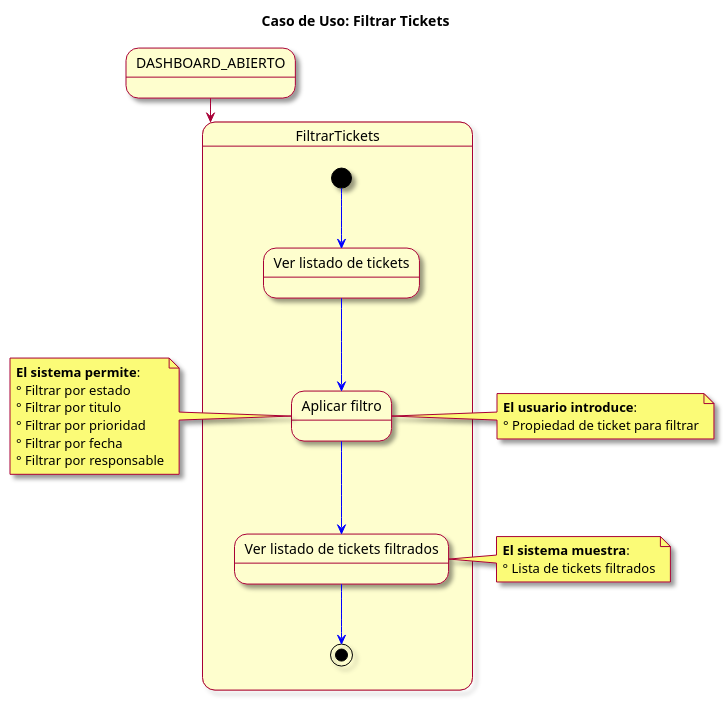
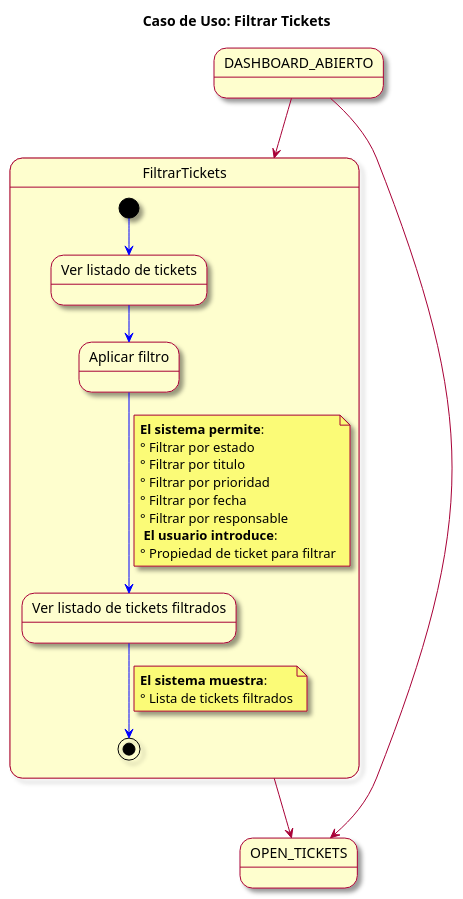
One commit to mmasias/23-24-IdSw1-SDR changed the diagram in modelosUML/CasosDeUsos/CasosDetallados/FiltrarTicket.puml. Above: the diagram before and after it, drawn with PlantUML. The commit also changed 2 other files, not shown here.

```diff
--- a/modelosUML/CasosDeUsos/CasosDetallados/FiltrarTicket.puml
+++ b/modelosUML/CasosDeUsos/CasosDetallados/FiltrarTicket.puml
@@ -1,39 +1,41 @@
  @startuml
 skin rose
 title Caso de Uso: Filtrar Tickets
 
 state DASHBOARD_ABIERTO
 DASHBOARD_ABIERTO --> FiltrarTickets
+state OPEN_TICKETS
+DASHBOARD_ABIERTO--> OPEN_TICKETS
+FiltrarTickets --> OPEN_TICKETS
+state FiltrarTickets {
 
-state FiltrarTickets {
 
   [*] -[#blue]-> verlistadoTickets
   state "Ver listado de tickets" as verlistadoTickets
   verlistadoTickets -[#blue]-> confirmarFiltrado
   state "Aplicar filtro" as confirmarFiltrado
   confirmarFiltrado -[#blue]-> listadoFiltrado
-  state "Ver listado de tickets filtrados" as listadoFiltrado
-  listadoFiltrado -[#blue]-> [*]
-    
-}
-
-note left of confirmarFiltrado
+  note on link 
   **El sistema permite**:
   ° Filtrar por estado
   ° Filtrar por titulo
   ° Filtrar por prioridad
   ° Filtrar por fecha
   ° Filtrar por responsable
+   **El usuario introduce**:
+  ° Propiedad de ticket para filtrar
 end note
+  state "Ver listado de tickets filtrados" as listadoFiltrado
+  listadoFiltrado -[#blue]-> [*]
+ 
+    
+}
 
-note left of listadoFiltrado
+note on link 
   **El sistema muestra**: 
   ° Lista de tickets filtrados
 end note
 
-note right of confirmarFiltrado
-  **El usuario introduce**:
-  ° Propiedad de ticket para filtrar
-end note
+
 
 @enduml
```
